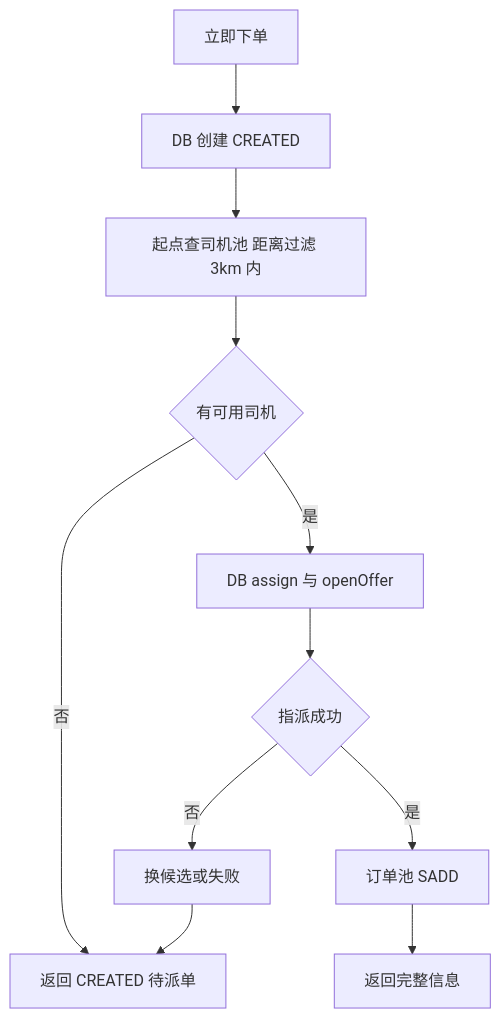
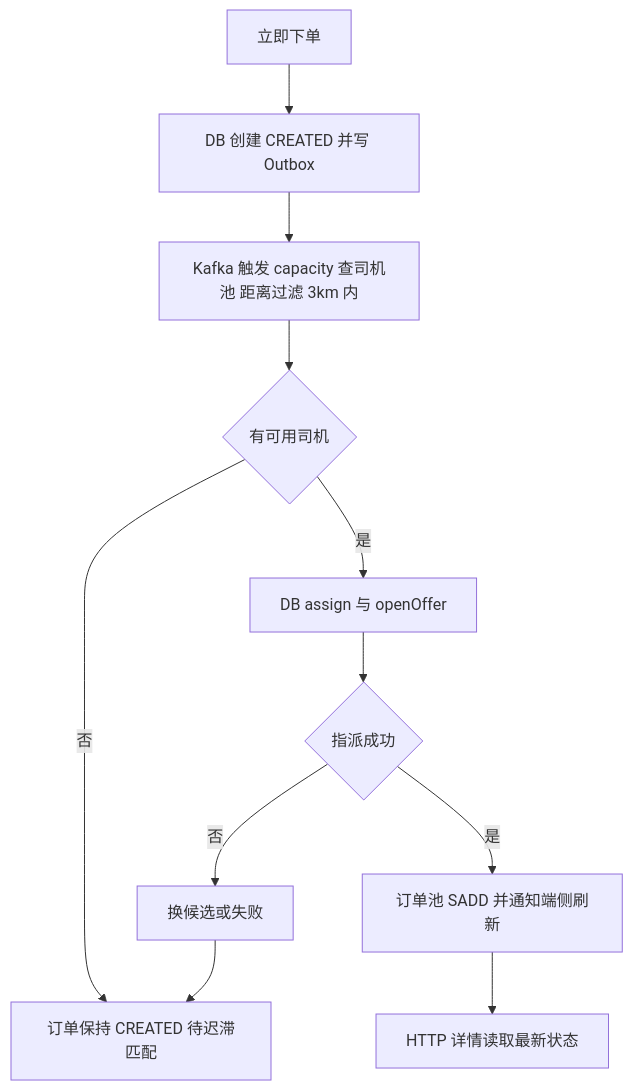
Before and after one commit to ashenxin/didi-taxi: the third of 8 diagrams in 乘客司机端_Redis与听单下线策略.md, drawn with Mermaid. The commit also changed other lines of this file and 95 other files, not shown here.

````diff
--- a/乘客司机端_Redis与听单下线策略.md
+++ b/乘客司机端_Redis与听单下线策略.md
@@ -236,13 +236,13 @@
 ```mermaid
 flowchart TD
-  P1[立即下单] --> P2[DB 创建 CREATED]
-  P2 --> P3[起点查司机池 距离过滤 3km 内]
+  P1[立即下单] --> P2[DB 创建 CREATED 并写 Outbox]
+  P2 --> P3[Kafka 触发 capacity 查司机池 距离过滤 3km 内]
   P3 --> P4{有可用司机}
-  P4 -->|否| P5[返回 CREATED 待派单]
+  P4 -->|否| P5[订单保持 CREATED 待迟滞匹配]
   P4 -->|是| P6[DB assign 与 openOffer]
   P6 --> P7{指派成功}
   P7 -->|否| P8[换候选或失败]
-  P7 -->|是| P9[订单池 SADD]
-  P9 --> P10[返回完整信息]
+  P7 -->|是| P9[订单池 SADD 并通知端侧刷新]
+  P9 --> P10[HTTP 详情读取最新状态]
   P8 --> P5
 ```
````
